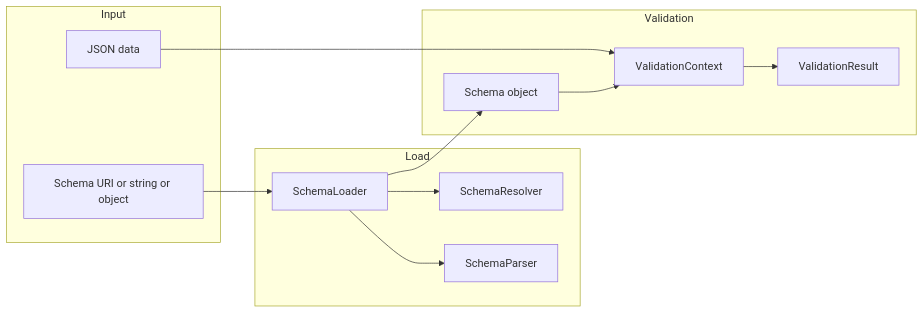
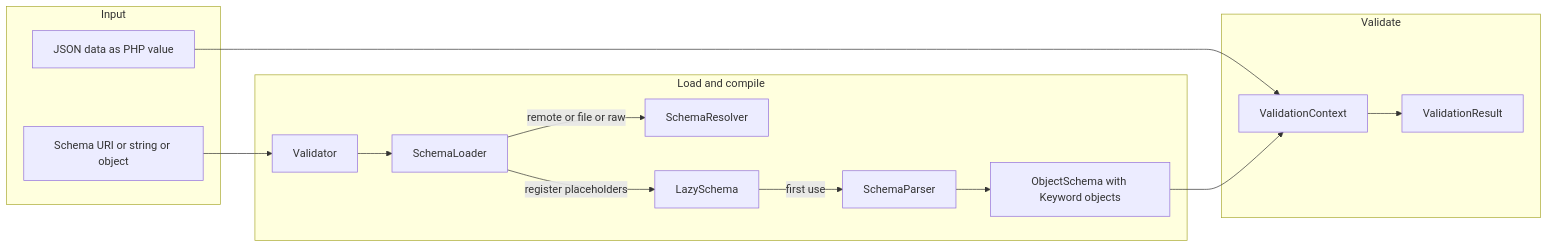
Before and after one commit to goddtriffin/json-schema-rs: the first of 2 diagrams in research/reports/php/opis-json-schema.md, drawn with Mermaid. The commit also changed other lines of this file and 51 other files, not shown here.

````diff
--- a/research/reports/php/opis-json-schema.md
+++ b/research/reports/php/opis-json-schema.md
@@ -93,24 +98,28 @@
 ```mermaid
 flowchart LR
   subgraph input [Input]
-    Data[JSON data]
+    Data[JSON data as PHP value]
     SchemaInput[Schema URI or string or object]
   end
-  subgraph load [Load]
+  subgraph load [Load and compile]
+    Validator[Validator]
     Loader[SchemaLoader]
     Resolver[SchemaResolver]
     Parser[SchemaParser]
-    Loader --> Resolver
-    Loader --> Parser
-    SchemaInput --> Loader
+    Lazy[LazySchema]
+    Compiled[ObjectSchema with Keyword objects]
   end
-  subgraph validate [Validation]
-    Schema[Schema object]
+  subgraph run [Validate]
     Context[ValidationContext]
     Result[ValidationResult]
-    Loader --> Schema
-    Data --> Context
-    Schema --> Context
-    Context --> Result
   end
+  SchemaInput --> Validator
+  Validator --> Loader
+  Loader -->|remote or file or raw| Resolver
+  Loader -->|register placeholders| Lazy
+  Lazy -->|first use| Parser
+  Parser --> Compiled
+  Data --> Context
+  Compiled --> Context
+  Context --> Result
 ```
````
